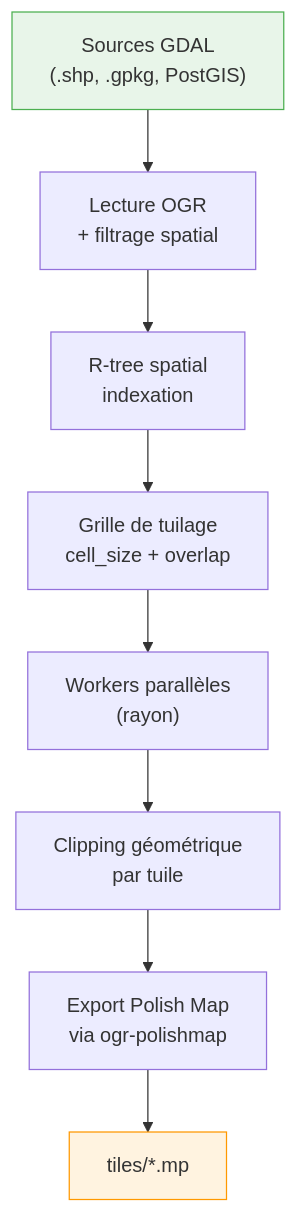
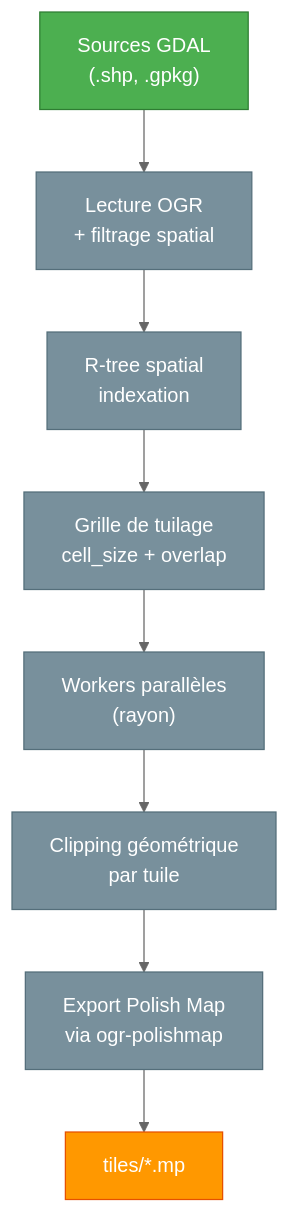
The diagram in site/docs/01-le-projet/mpforge.md (allfab/garmin-img-forge), drawn with Mermaid before and after one commit. The commit also changed other lines of this file and 6 other files, not shown here.

First line of the commit message:
docs(site): corrections factuelles, 1ère personne, mermaid dark mode, courbes de niveau

````diff
--- a/site/docs/01-le-projet/mpforge.md
+++ b/site/docs/01-le-projet/mpforge.md
@@ -26,13 +26,20 @@
 ```mermaid
+%%{init: {'theme': 'base', 'themeVariables': {'primaryColor': '#4caf50', 'primaryTextColor': '#000', 'lineColor': '#666'}}}%%
 flowchart TD
-    A["Sources GDAL<br/>(.shp, .gpkg, PostGIS)"] --> B["Lecture OGR<br/>+ filtrage spatial"]
+    A["Sources GDAL<br/>(.shp, .gpkg)"] --> B["Lecture OGR<br/>+ filtrage spatial"]
     B --> C["R-tree spatial<br/>indexation"]
     C --> D["Grille de tuilage<br/>cell_size + overlap"]
     D --> E["Workers parallèles<br/>(rayon)"]
     E --> F["Clipping géométrique<br/>par tuile"]
     F --> G["Export Polish Map<br/>via ogr-polishmap"]
     G --> H["tiles/*.mp"]
 
-    style A fill:#e8f5e9,stroke:#4caf50
-    style H fill:#fff3e0,stroke:#ff9800
+    style A fill:#4caf50,stroke:#2e7d32,color:#fff
+    style B fill:#78909c,stroke:#546e7a,color:#fff
+    style C fill:#78909c,stroke:#546e7a,color:#fff
+    style D fill:#78909c,stroke:#546e7a,color:#fff
+    style E fill:#78909c,stroke:#546e7a,color:#fff
+    style F fill:#78909c,stroke:#546e7a,color:#fff
+    style G fill:#78909c,stroke:#546e7a,color:#fff
+    style H fill:#ff9800,stroke:#e65100,color:#fff
 ```
````
